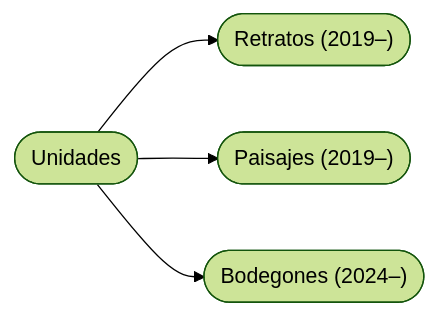
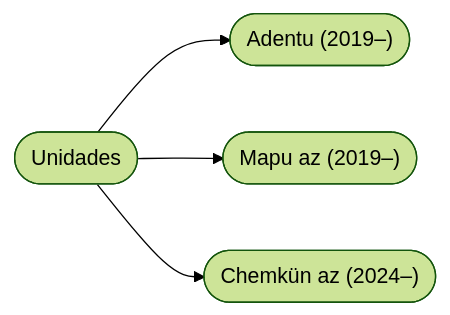
The sixth of 6 diagrams in MPD/peste-pinturas-infectadas.md (EGGS-Artesvisuales/EGGS-Artesvisuales.github.io), drawn with Mermaid (forest theme) before and after one commit. The commit also changed other lines of this file and 43 other files, not shown here.

```diff
--- a/MPD/peste-pinturas-infectadas.md
+++ b/MPD/peste-pinturas-infectadas.md
@@ -1101,16 +1101,16 @@
 <div class="mermaid">
 flowchart LR
   UNI([Unidades])
-  URET(["Retratos (2019–)"])
-  UPAI(["Paisajes (2019–)"])
-  UBOD(["Bodegones (2024–)"])
+  URET(["Adentu (2019–)"])
+  UPAI(["Mapu az (2019–)"])
+  UBOD(["Chemkün az (2024–)"])
 
   UNI --> URET
   UNI --> UPAI
   UNI --> UBOD
 
   click UNI "#unidades" "Ir a Unidades"
-  click URET "#unidades-retratos-2019" "Ir a Retratos"
-  click UPAI "#unidades-paisajes-2019" "Ir a Paisajes"
-  click UBOD "#unidades-bodegones-2024" "Ir a Bodegones"
+  click URET "#unidades-retratos-2019" "Ir a Adentu"
+  click UPAI "#unidades-paisajes-2019" "Ir a Mapu az"
+  click UBOD "#unidades-bodegones-2024" "Ir a Chemkün az"
 </div>
```
